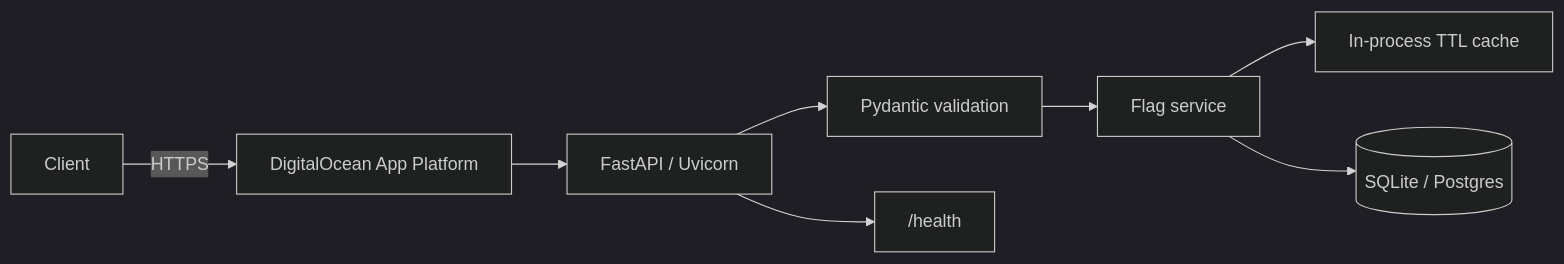
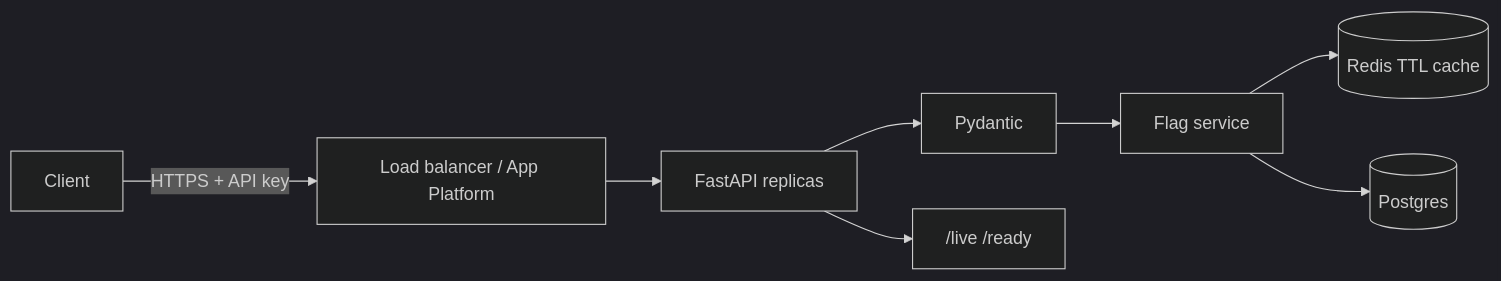
The diagram in README.md (jenscui-1936485/feature-flags-api), drawn with Mermaid (dark theme) before and after one commit. The commit also changed other lines of this file and 23 other files, not shown here.

````diff
--- a/README.md
+++ b/README.md
@@ -88,10 +72,10 @@
 ```mermaid
 flowchart LR
-  Client -->|HTTPS| DO[DigitalOcean App Platform]
-  DO --> API[FastAPI / Uvicorn]
-  API --> Val[Pydantic validation]
+  Client -->|HTTPS + API key| LB[Load balancer / App Platform]
+  LB --> API[FastAPI replicas]
+  API --> Val[Pydantic]
   Val --> Svc[Flag service]
-  Svc --> Cache[In-process TTL cache]
-  Svc --> DB[(SQLite / Postgres)]
-  API --> Health["/health"]
+  Svc --> Redis[(Redis TTL cache)]
+  Svc --> PG[(Postgres)]
+  API --> Ready["/live /ready"]
 ```
````
